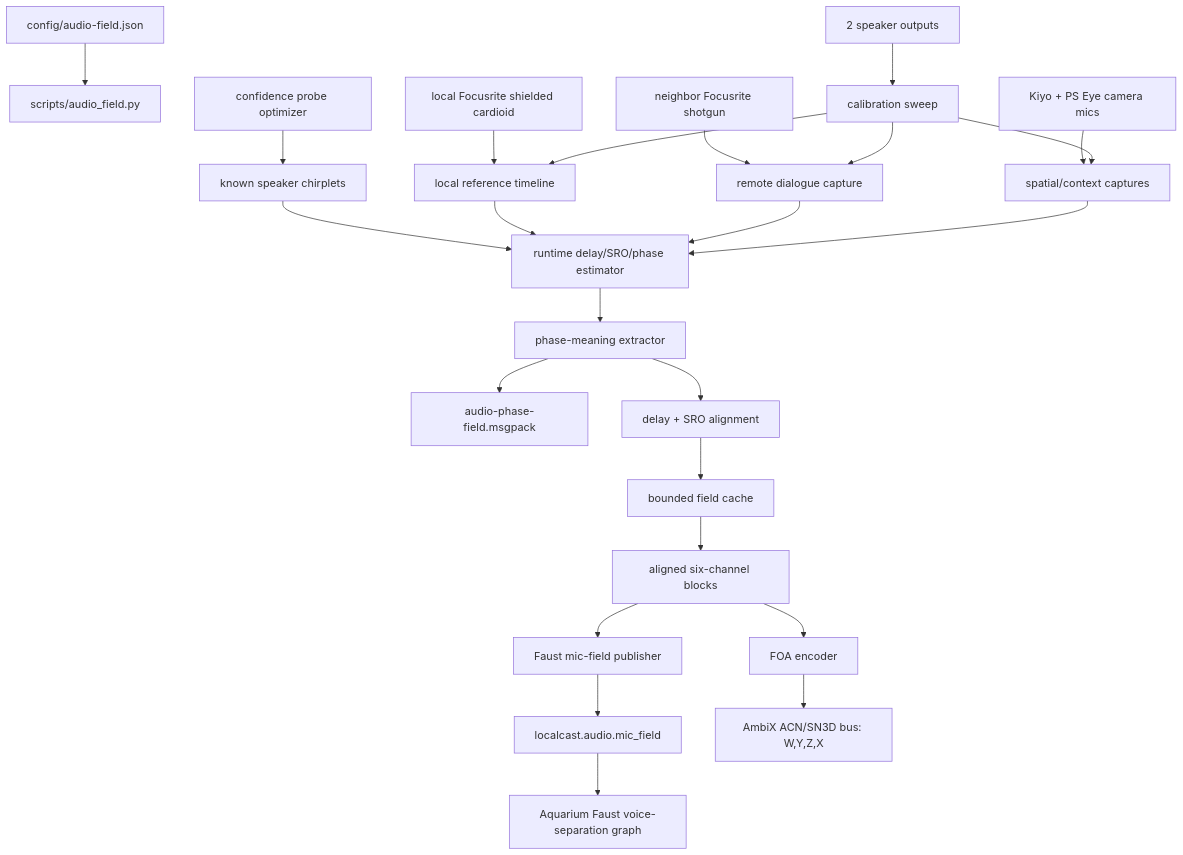
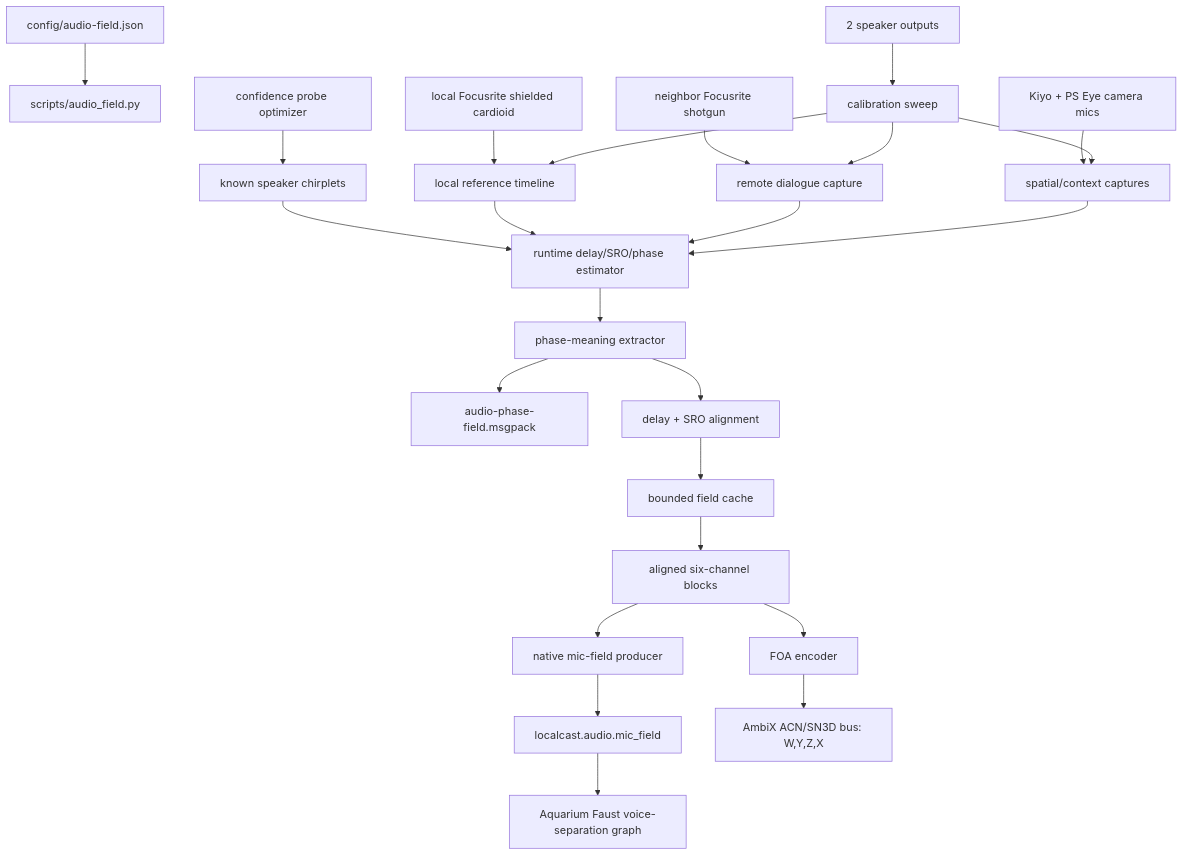
The third of 5 diagrams in notes/current-system-map.md (GameCult/Mimir), drawn with Mermaid before and after one commit. The commit also changed other lines of this file and 17 other files, not shown here.

````diff
--- a/notes/current-system-map.md
+++ b/notes/current-system-map.md
@@ -82,26 +82,26 @@
 ```mermaid
 flowchart TD
     A["config/audio-field.json"] --> B["scripts/audio_field.py"]
     C["local Focusrite shielded cardioid"] --> D["local reference timeline"]
     E["neighbor Focusrite shotgun"] --> F["remote dialogue capture"]
     G["Kiyo + PS Eye camera mics"] --> H["spatial/context captures"]
     I["2 speaker outputs"] --> J["calibration sweep"]
     J --> D
     J --> F
     J --> H
     R["confidence probe optimizer"] --> P["known speaker chirplets"]
     P --> Q["runtime delay/SRO/phase estimator"]
     D --> Q
     F --> Q
     H --> Q
     Q --> S["phase-meaning extractor"]
     S --> T["audio-phase-field.msgpack"]
     S --> K["delay + SRO alignment"]
     K --> L["bounded field cache"]
     L --> M["aligned six-channel blocks"]
     M --> N["FOA encoder"]
-    M --> V["Faust mic-field publisher"]
+    M --> V["native mic-field producer"]
     V --> W["localcast.audio.mic_field"]
     W --> X["Aquarium Faust voice-separation graph"]
     N --> O["AmbiX ACN/SN3D bus: W,Y,Z,X"]
 ```
````
